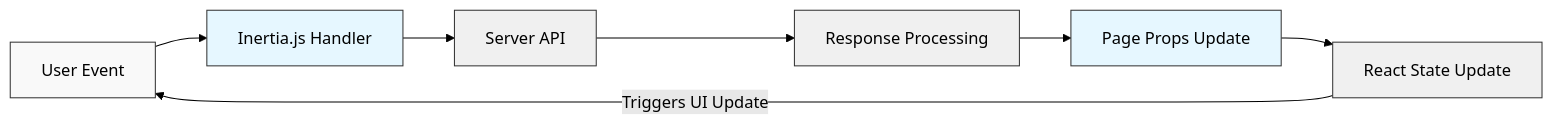
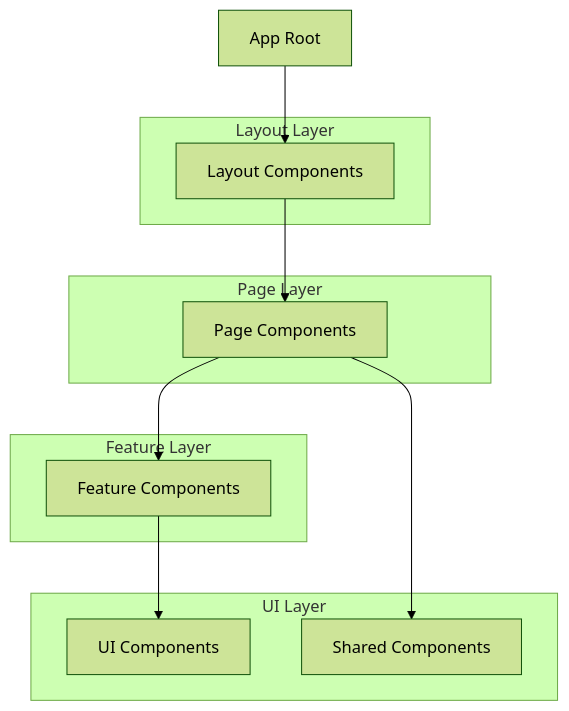
One commit to harkoussomar/cinema-system-management changed the first of 5 diagrams in frontend-documentation.md. Above: the diagram before and after it, drawn with Mermaid (forest theme). The commit also changed other lines of this file and 43 other files, not shown here.

````diff
--- a/frontend-documentation.md
+++ b/frontend-documentation.md
@@ -166,16 +45,25 @@
 ```mermaid
-graph LR
-    A[User Event] --> B[Inertia.js Handler]
-    B --> C[Server API]
-    C --> D[Response Processing]
-    D --> E[Page Props Update]
-    E --> F[React State Update]
-    F --> |Triggers UI Update| A
+graph TD
+    A[App Root] --> B[Layout Components]
+    B --> C[Page Components]
+    C --> D[Feature Components]
+    D --> E[UI Components]
+    C --> F[Shared Components]
 
-    style A fill:#f9f9f9,stroke:#333,stroke-width:1px
-    style B fill:#e6f7ff,stroke:#333,stroke-width:1px
-    style C fill:#f0f0f0,stroke:#333,stroke-width:1px
-    style D fill:#f0f0f0,stroke:#333,stroke-width:1px
-    style E fill:#e6f7ff,stroke:#333,stroke-width:1px
-    style F fill:#f0f0f0,stroke:#333,stroke-width:1px
+    subgraph "UI Layer"
+        E
+        F
+    end
+
+    subgraph "Feature Layer"
+        D
+    end
+
+    subgraph "Page Layer"
+        C
+    end
+
+    subgraph "Layout Layer"
+        B
+    end
 ```
````
